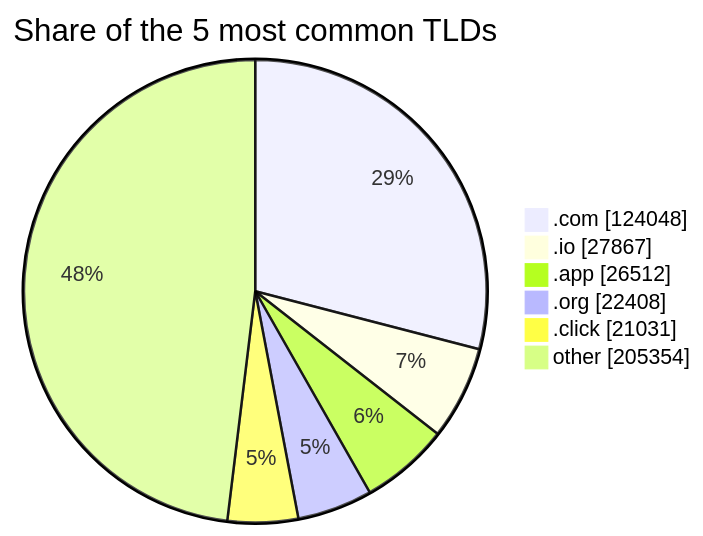
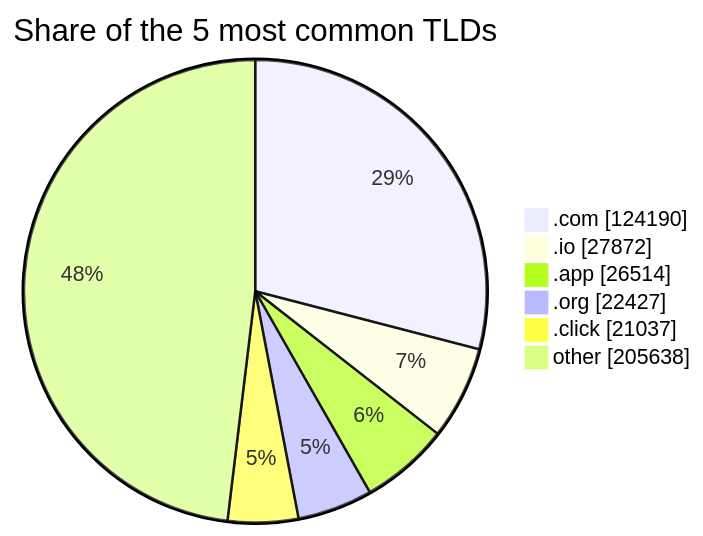
The third of 3 diagrams in README.md (DNSBunker/CTI), drawn with Mermaid before and after one commit. The commit also changed other lines of this file and 3 other files, not shown here.

````diff
--- a/README.md
+++ b/README.md
@@ -81,9 +81,9 @@
 ```mermaid
 pie showData title Share of the 5 most common TLDs
-    ".com" : 124048
-    ".io" : 27867
-    ".app" : 26512
-    ".org" : 22408
-    ".click" : 21031
-    "other" : 205354
+    ".com" : 124190
+    ".io" : 27872
+    ".app" : 26514
+    ".org" : 22427
+    ".click" : 21037
+    "other" : 205638
 ```
````
